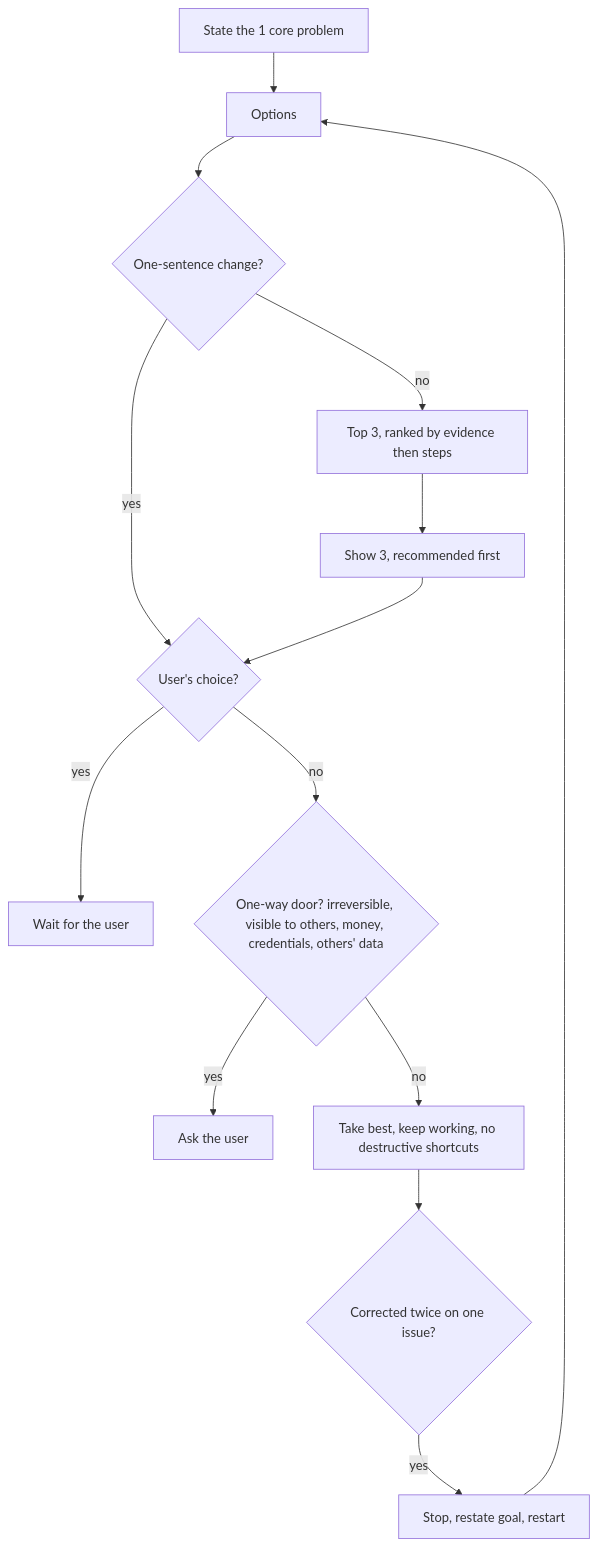
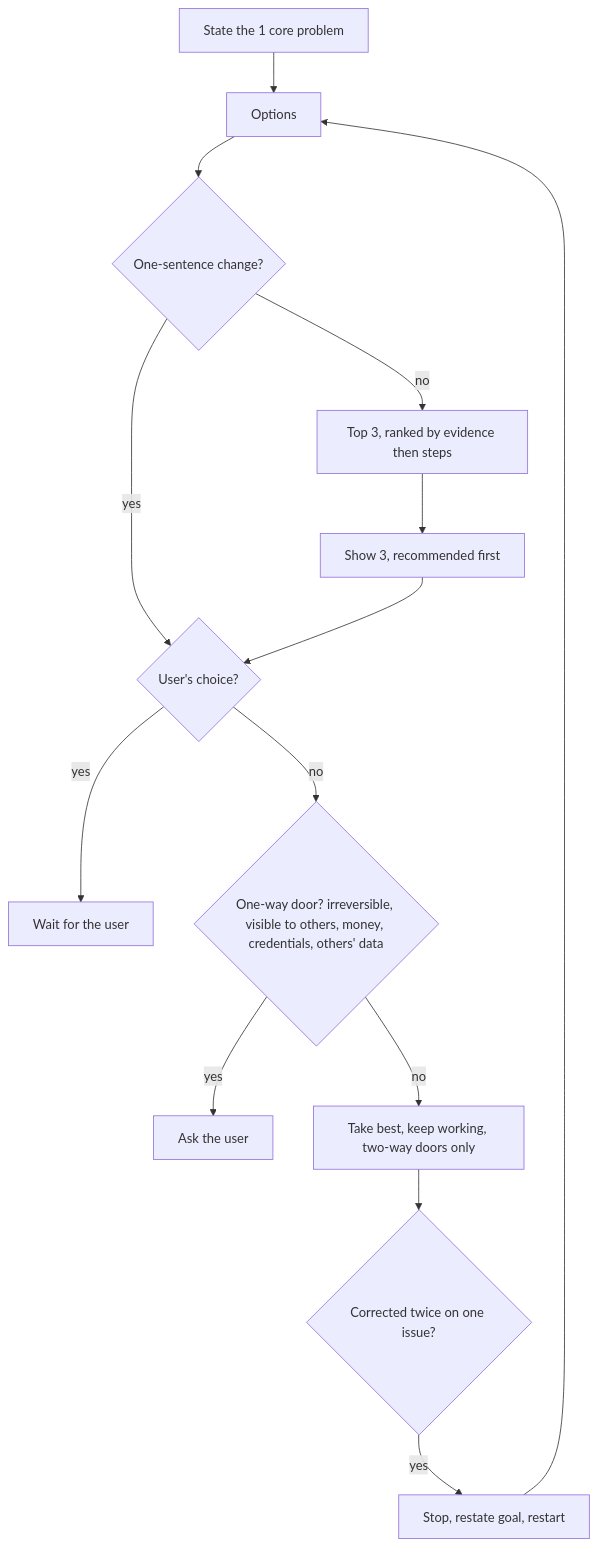
The ninth of 14 diagrams in AGENTS.md (SolenixAI/arbiter), drawn with Mermaid before and after one commit. The commit also changed other lines of this file, not shown here.

````diff
--- a/AGENTS.md
+++ b/AGENTS.md
@@ -361,13 +365,13 @@
 ```mermaid
 flowchart TD
   P1[State the 1 core problem] --> O[Options] --> OS{One-sentence change?}
   OS -->|yes| Q
   OS -->|no| T[Top 3, ranked by evidence then steps] --> S[Show 3, recommended first]
   S --> Q{User's choice?}
   Q -->|yes| W[Wait for the user]
   Q -->|no| A{One-way door? irreversible, visible to others, money, credentials, others' data}
   A -->|yes| U[Ask the user]
-  A -->|no| X[Take best, keep working, no destructive shortcuts]
+  A -->|no| X[Take best, keep working, two-way doors only]
   X --> K{Corrected twice on one issue?}
   K -->|yes| Z[Stop, restate goal, restart] --> O
 ```
````
